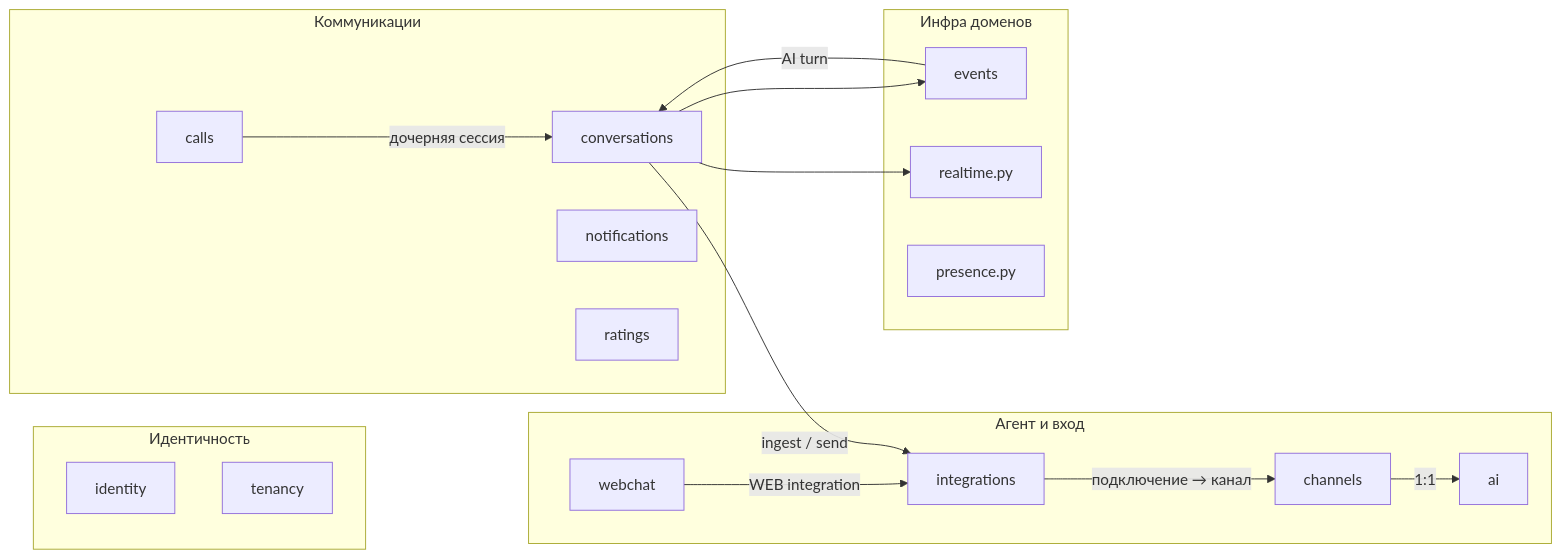
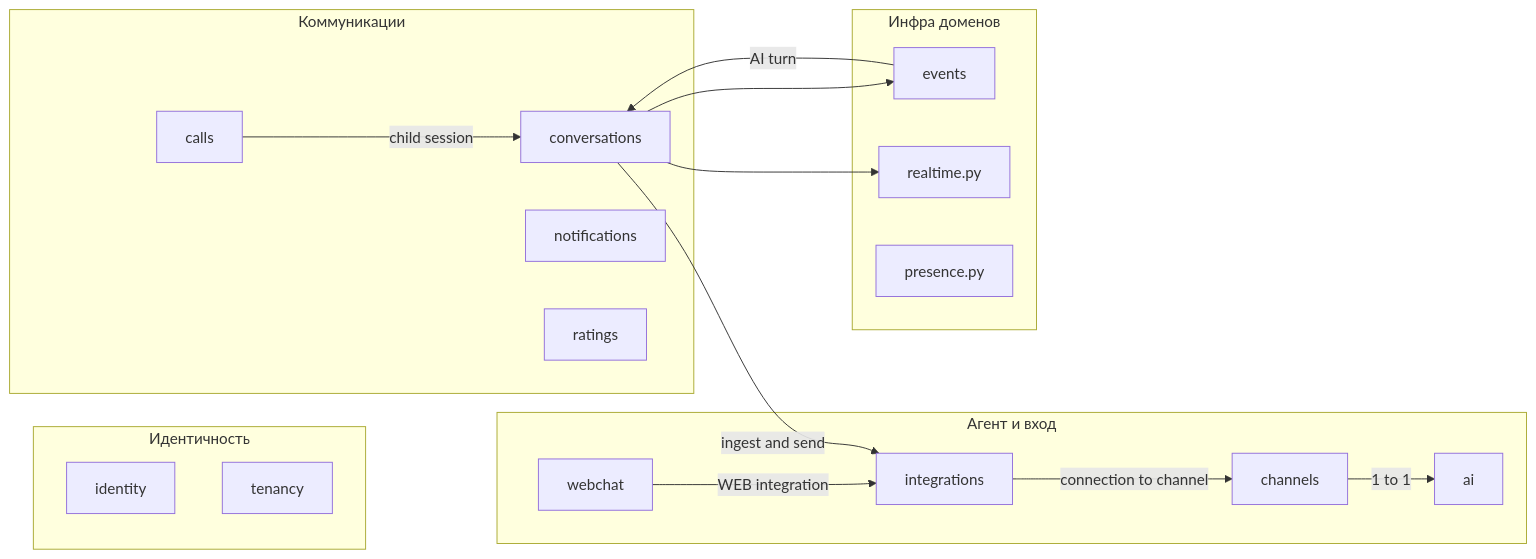
One commit to antirek/chats-architecture changed the second of 7 diagrams in chatballs/architecture-message-flow.md. Above: the diagram before and after it, drawn with Mermaid. The commit also changed other lines of this file, not shown here.

````diff
--- a/chatballs/architecture-message-flow.md
+++ b/chatballs/architecture-message-flow.md
@@ -83,36 +83,36 @@
 ```mermaid
 flowchart LR
   subgraph identity_tenancy [Идентичность]
     identity
     tenancy
   end
 
   subgraph agent_stack [Агент и вход]
     channels
     ai
     integrations
     webchat
   end
 
   subgraph comms [Коммуникации]
     conversations
     calls
     notifications
     ratings
   end
 
   subgraph infra [Инфра доменов]
     events
     realtime[realtime.py]
     presence[presence.py]
   end
 
-  integrations -->|подключение → канал| channels
-  channels -->|1:1| ai
+  integrations -->|connection to channel| channels
+  channels -->|1 to 1| ai
   webchat -->|WEB integration| integrations
-  conversations -->|ingest / send| integrations
+  conversations -->|ingest and send| integrations
   conversations --> events
   conversations --> realtime
   events -->|AI turn| conversations
-  calls -->|дочерняя сессия| conversations
+  calls -->|child session| conversations
 ```
````
